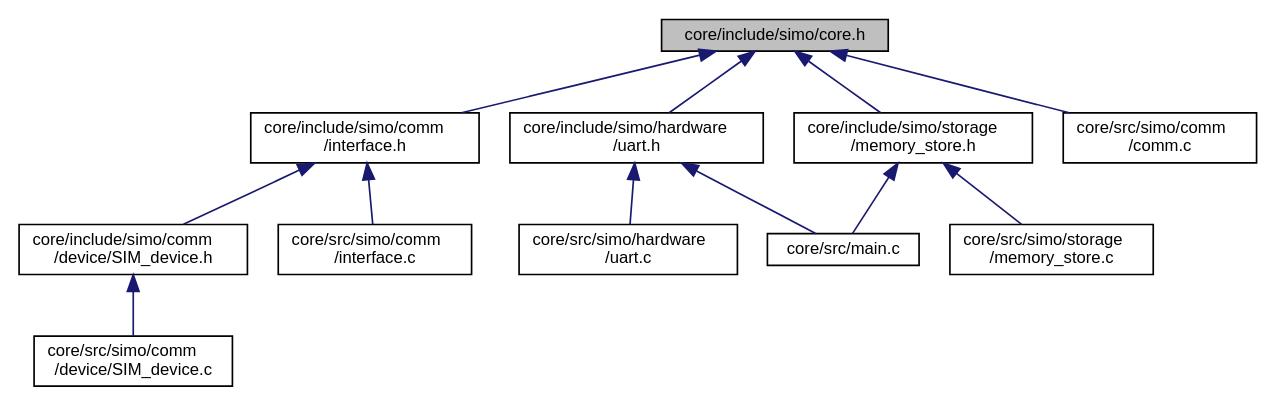
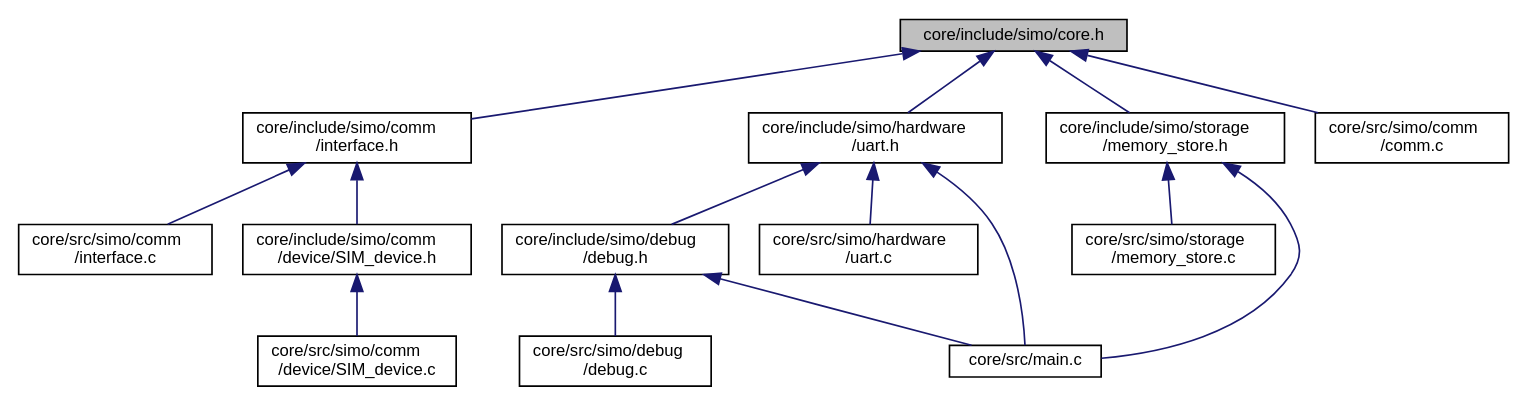
Before and after one commit to Germanvelardez2018/simo.v2: the diagram in docs/core_8h__dep__incl.dot, drawn with Graphviz. The commit also changed 149 other files, not shown here.

Commit message:
Se agrego modulo debug.h y .c para configurar una salida de debug

```diff
--- a/docs/core_8h__dep__incl.dot
+++ b/docs/core_8h__dep__incl.dot
@@ -1,28 +1,33 @@
 digraph "core/include/simo/core.h"
 {
  // LATEX_PDF_SIZE
   edge [fontname="Helvetica",fontsize="10",labelfontname="Helvetica",labelfontsize="10"];
   node [fontname="Helvetica",fontsize="10",shape=record];
   Node1 [label="core/include/simo/core.h",height=0.2,width=0.4,color="black", fillcolor="grey75", style="filled", fontcolor="black",tooltip="Core de la aplicacion. En este archivo van elementos indispensables para la aplicacion...."];
   Node1 -> Node2 [dir="back",color="midnightblue",fontsize="10",style="solid",fontname="Helvetica"];
   Node2 [label="core/include/simo/comm\l/interface.h",height=0.2,width=0.4,color="black", fillcolor="white", style="filled",URL="$interface_8h.html",tooltip="Interfaz para manejar separar el hardware del los objetos comm."];
   Node2 -> Node3 [dir="back",color="midnightblue",fontsize="10",style="solid",fontname="Helvetica"];
   Node3 [label="core/include/simo/comm\l/device/SIM_device.h",height=0.2,width=0.4,color="black", fillcolor="white", style="filled",URL="$_s_i_m__device_8h.html",tooltip="Driver para el manejo de modulos SIM7000G(NIVEL 1). Depende de SIMO UART."];
   Node3 -> Node4 [dir="back",color="midnightblue",fontsize="10",style="solid",fontname="Helvetica"];
   Node4 [label="core/src/simo/comm\l/device/SIM_device.c",height=0.2,width=0.4,color="black", fillcolor="white", style="filled",URL="$_s_i_m__device_8c.html",tooltip=" "];
   Node2 -> Node5 [dir="back",color="midnightblue",fontsize="10",style="solid",fontname="Helvetica"];
   Node5 [label="core/src/simo/comm\l/interface.c",height=0.2,width=0.4,color="black", fillcolor="white", style="filled",URL="$interface_8c.html",tooltip="Implementacion del interfacez para abstraer hardware."];
   Node1 -> Node6 [dir="back",color="midnightblue",fontsize="10",style="solid",fontname="Helvetica"];
   Node6 [label="core/include/simo/hardware\l/uart.h",height=0.2,width=0.4,color="black", fillcolor="white", style="filled",URL="$uart_8h.html",tooltip="Header de capa para manejor del hardware UART (NIVEL 0)"];
   Node6 -> Node7 [dir="back",color="midnightblue",fontsize="10",style="solid",fontname="Helvetica"];
-  Node7 [label="core/src/main.c",height=0.2,width=0.4,color="black", fillcolor="white", style="filled",URL="$main_8c.html",tooltip="Aplicacion SIMO v2."];
+  Node7 [label="core/include/simo/debug\l/debug.h",height=0.2,width=0.4,color="black", fillcolor="white", style="filled",URL="$debug_8h.html",tooltip="Objeto debug y funciones asociadas."];
+  Node7 -> Node8 [dir="back",color="midnightblue",fontsize="10",style="solid",fontname="Helvetica"];
+  Node8 [label="core/src/main.c",height=0.2,width=0.4,color="black", fillcolor="white", style="filled",URL="$main_8c.html",tooltip="Aplicacion SIMO v2."];
+  Node7 -> Node9 [dir="back",color="midnightblue",fontsize="10",style="solid",fontname="Helvetica"];
+  Node9 [label="core/src/simo/debug\l/debug.c",height=0.2,width=0.4,color="black", fillcolor="white", style="filled",URL="$debug_8c.html",tooltip="Funciones para configurar puerto de debug."];
   Node6 -> Node8 [dir="back",color="midnightblue",fontsize="10",style="solid",fontname="Helvetica"];
-  Node8 [label="core/src/simo/hardware\l/uart.c",height=0.2,width=0.4,color="black", fillcolor="white", style="filled",URL="$uart_8c.html",tooltip="Implementacion de capa para manejor del hardware UART (NIVEL 0)"];
-  Node1 -> Node9 [dir="back",color="midnightblue",fontsize="10",style="solid",fontname="Helvetica"];
-  Node9 [label="core/include/simo/storage\l/memory_store.h",height=0.2,width=0.4,color="black", fillcolor="white", style="filled",URL="$memory__store_8h.html",tooltip="Driver para memory."];
-  Node9 -> Node7 [dir="back",color="midnightblue",fontsize="10",style="solid",fontname="Helvetica"];
-  Node9 -> Node10 [dir="back",color="midnightblue",fontsize="10",style="solid",fontname="Helvetica"];
-  Node10 [label="core/src/simo/storage\l/memory_store.c",height=0.2,width=0.4,color="black", fillcolor="white", style="filled",URL="$memory__store_8c.html",tooltip="Implementacion de driver para el manejor del almacenamiento externo (NIVEL 1).Depende de SIMO SPI."];
+  Node6 -> Node10 [dir="back",color="midnightblue",fontsize="10",style="solid",fontname="Helvetica"];
+  Node10 [label="core/src/simo/hardware\l/uart.c",height=0.2,width=0.4,color="black", fillcolor="white", style="filled",URL="$uart_8c.html",tooltip="Implementacion de capa para manejor del hardware UART (NIVEL 0)"];
   Node1 -> Node11 [dir="back",color="midnightblue",fontsize="10",style="solid",fontname="Helvetica"];
-  Node11 [label="core/src/simo/comm\l/comm.c",height=0.2,width=0.4,color="black", fillcolor="white", style="filled",URL="$comm_8c.html",tooltip="API para la comunicacion del sistema."];
+  Node11 [label="core/include/simo/storage\l/memory_store.h",height=0.2,width=0.4,color="black", fillcolor="white", style="filled",URL="$memory__store_8h.html",tooltip="Driver para memory."];
+  Node11 -> Node8 [dir="back",color="midnightblue",fontsize="10",style="solid",fontname="Helvetica"];
+  Node11 -> Node12 [dir="back",color="midnightblue",fontsize="10",style="solid",fontname="Helvetica"];
+  Node12 [label="core/src/simo/storage\l/memory_store.c",height=0.2,width=0.4,color="black", fillcolor="white", style="filled",URL="$memory__store_8c.html",tooltip="Implementacion de driver para el manejor del almacenamiento externo (NIVEL 1).Depende de SIMO SPI."];
+  Node1 -> Node13 [dir="back",color="midnightblue",fontsize="10",style="solid",fontname="Helvetica"];
+  Node13 [label="core/src/simo/comm\l/comm.c",height=0.2,width=0.4,color="black", fillcolor="white", style="filled",URL="$comm_8c.html",tooltip="API para la comunicacion del sistema."];
 }
```
